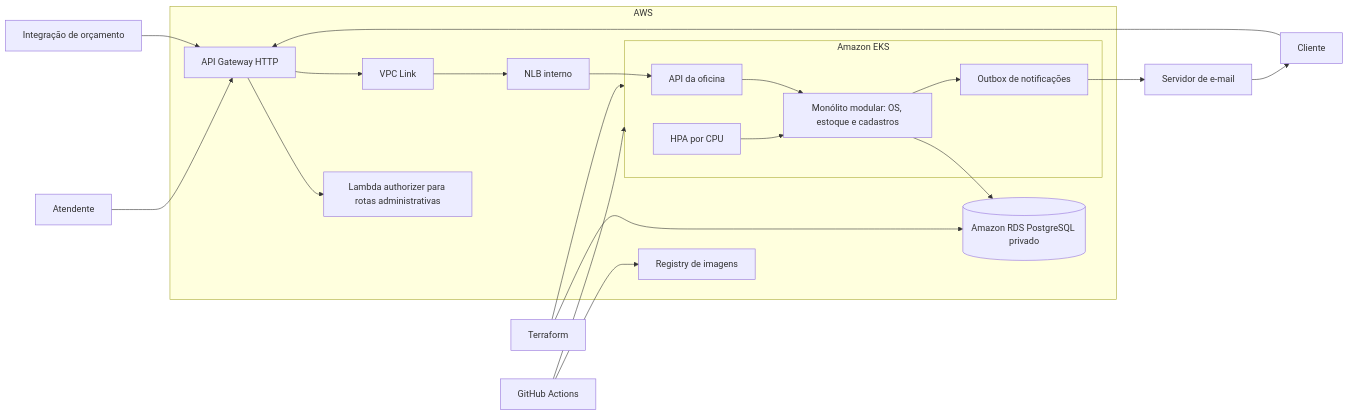
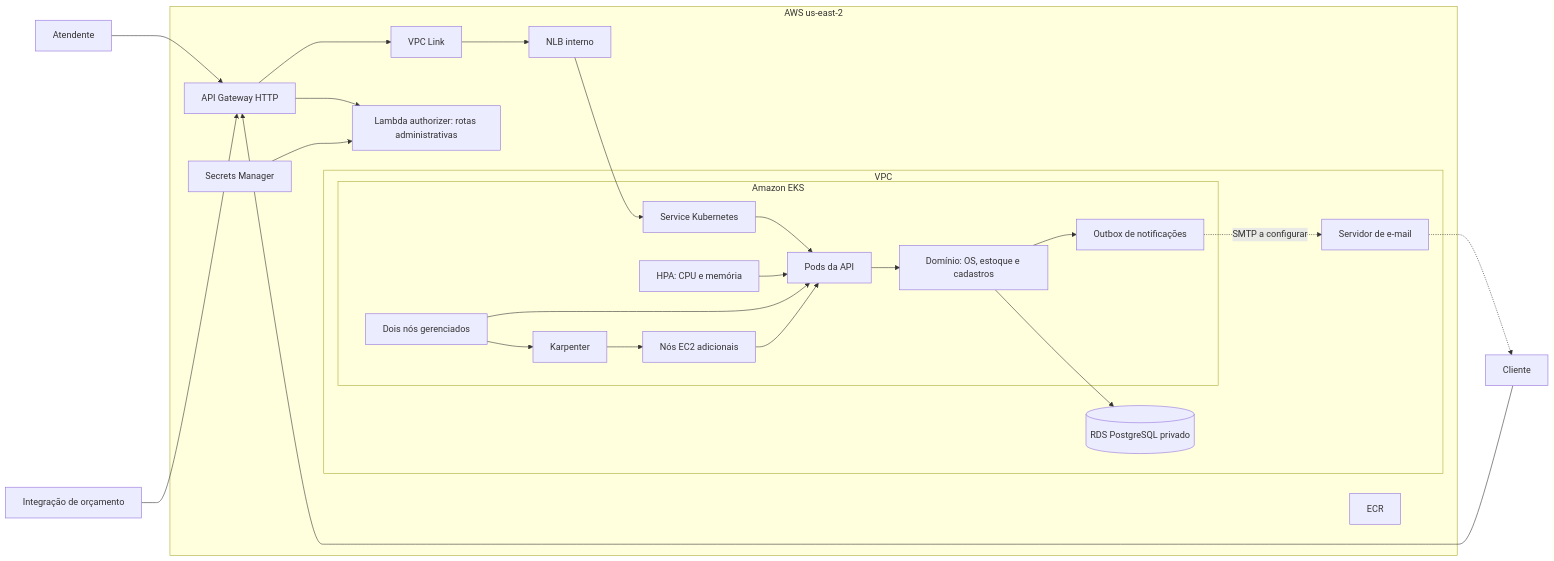
The first of 2 diagrams in docs/architecture/phase-2-proposed.md (IagoNovoaAntunes2001/garage-flow), drawn with Mermaid before and after one commit. The commit also changed other lines of this file and 4 other files, not shown here.

Commit message:
docs: update deployed architecture and submission evidence

````diff
--- a/docs/architecture/phase-2-proposed.md
+++ b/docs/architecture/phase-2-proposed.md
@@ -5,33 +5,33 @@
 ```mermaid
 flowchart LR
     Staff[Atendente] --> Gateway[API Gateway HTTP]
     Customer[Cliente] --> Gateway
     Integration[Integração de orçamento] --> Gateway
-    Gateway --> Authorizer[Lambda authorizer para rotas administrativas]
+    Gateway --> Authorizer[Lambda authorizer: rotas administrativas]
     Gateway --> Link[VPC Link]
     Link --> NLB[NLB interno]
-    NLB --> API[API da oficina]
-    API --> Domain[Monólito modular: OS, estoque e cadastros]
-    Domain --> DB[(Amazon RDS PostgreSQL privado)]
-    Domain --> Outbox[Outbox de notificações]
-    Outbox --> Mail[Servidor de e-mail]
-    Mail --> Customer
-    subgraph AWS
+    NLB --> Service[Service Kubernetes]
+    subgraph AWS[AWS us-east-2]
+      subgraph VPC[VPC]
         subgraph EKS[Amazon EKS]
-            API
-            Domain
-            Outbox
-            HPA[HPA por CPU] --> Domain
+          Service --> API[Pods da API]
+          API --> Domain[Domínio: OS, estoque e cadastros]
+          Domain --> Outbox[Outbox de notificações]
+          HPA[HPA: CPU e memória] --> API
+          Karpenter[Karpenter] --> Nodes[Nós EC2 adicionais]
+          Baseline[Dois nós gerenciados] --> API
+          Baseline --> Karpenter
+          Nodes --> API
         end
-        DB
-        Gateway
-        Authorizer
-        Link
-        NLB
-        Registry[Registry de imagens]
+        Domain --> DB[(RDS PostgreSQL privado)]
+        Outbox -. SMTP a configurar .-> Mail[Servidor de e-mail]
+      end
+      Gateway
+      Authorizer
+      Link
+      NLB
+      Secrets[Secrets Manager] --> Authorizer
+      Registry[ECR]
     end
-    Terraform[Terraform] --> EKS
-    Terraform --> DB
-    GitHub[GitHub Actions] --> Registry
-    GitHub --> EKS
+    Mail -.-> Customer
 ```
````
